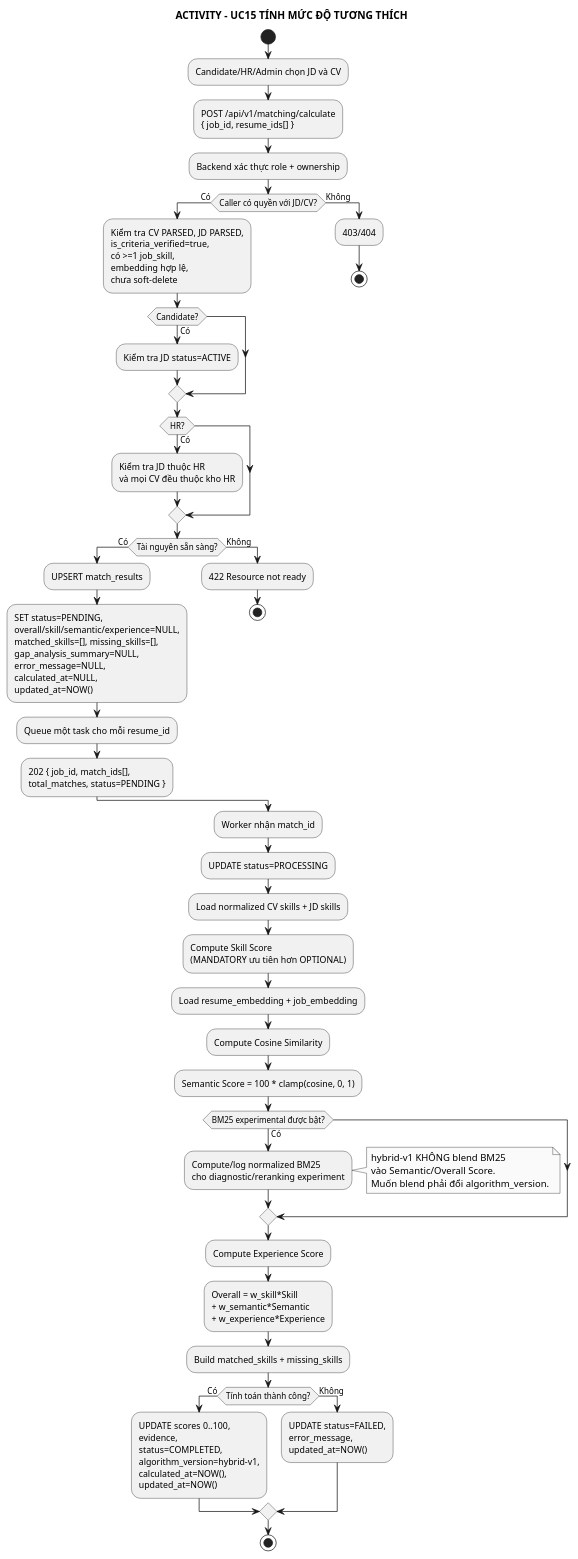
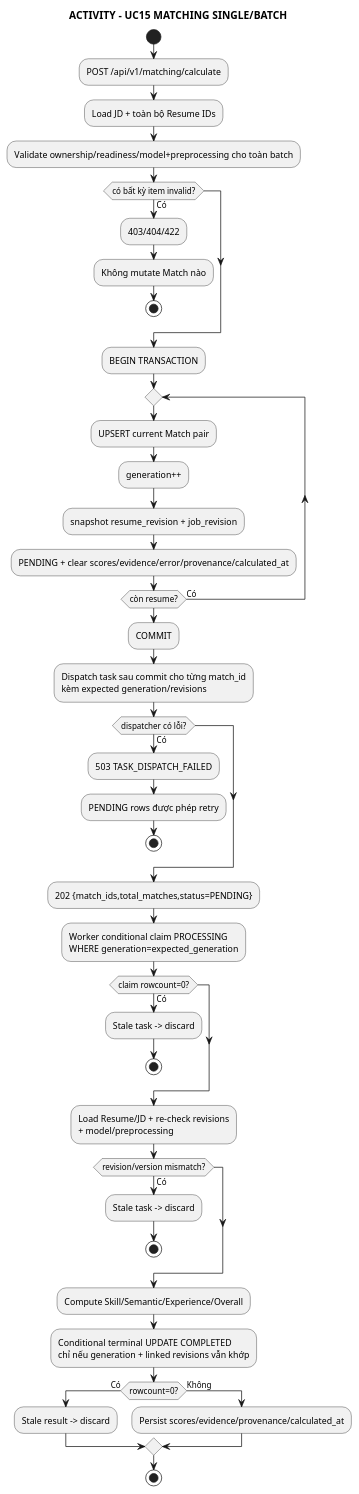
Before and after one commit to anh632k-ui/WebCVUngVienTuyenDung: the diagram in docs/03_activity/act_uc15_matching.puml, drawn with PlantUML.

Commit message:
docs(activity): make batch matching atomic and stale-safe

```diff
--- a/docs/03_activity/act_uc15_matching.puml
+++ b/docs/03_activity/act_uc15_matching.puml
@@ -1,81 +1,53 @@
 @startuml
 skinparam monochrome true
 skinparam shadowing false
-
-title ACTIVITY - UC15 TÍNH MỨC ĐỘ TƯƠNG THÍCH
+title ACTIVITY - UC15 MATCHING SINGLE/BATCH
 
 start
-:Candidate/HR/Admin chọn JD và CV;
-:POST /api/v1/matching/calculate
-{ job_id, resume_ids[] };
-:Backend xác thực role + ownership;
-if (Caller có quyền với JD/CV?) then (Có)
-  :Kiểm tra CV PARSED, JD PARSED,
-  is_criteria_verified=true,
-  có >=1 job_skill,
-  embedding hợp lệ,
-  chưa soft-delete;
-  if (Candidate?) then (Có)
-    :Kiểm tra JD status=ACTIVE;
-  endif
-  if (HR?) then (Có)
-    :Kiểm tra JD thuộc HR
-    và mọi CV đều thuộc kho HR;
-  endif
-  if (Tài nguyên sẵn sàng?) then (Có)
-    :UPSERT match_results;
-    :SET status=PENDING,
-    overall/skill/semantic/experience=NULL,
-    matched_skills=[], missing_skills=[],
-    gap_analysis_summary=NULL,
-    error_message=NULL,
-    calculated_at=NULL,
-    updated_at=NOW();
-    :Queue một task cho mỗi resume_id;
-    :202 { job_id, match_ids[],
-    total_matches, status=PENDING };
-  else (Không)
-    :422 Resource not ready;
-    stop
-  endif
-else (Không)
-  :403/404;
+:POST /api/v1/matching/calculate;
+:Load JD + toàn bộ Resume IDs;
+:Validate ownership/readiness/model+preprocessing cho toàn batch;
+if (có bất kỳ item invalid?) then (Có)
+  :403/404/422;
+  :Không mutate Match nào;
   stop
 endif
+:BEGIN TRANSACTION;
+repeat
+  :UPSERT current Match pair;
+  :generation++;
+  :snapshot resume_revision + job_revision;
+  :PENDING + clear scores/evidence/error/provenance/calculated_at;
+repeat while (còn resume?) is (Có)
+:COMMIT;
+:Dispatch task sau commit cho từng match_id
+kèm expected generation/revisions;
+if (dispatcher có lỗi?) then (Có)
+  :503 TASK_DISPATCH_FAILED;
+  :PENDING rows được phép retry;
+  stop
+endif
+:202 {match_ids,total_matches,status=PENDING};
 
-:Worker nhận match_id;
-:UPDATE status=PROCESSING;
-:Load normalized CV skills + JD skills;
-:Compute Skill Score
-(MANDATORY ưu tiên hơn OPTIONAL);
-:Load resume_embedding + job_embedding;
-:Compute Cosine Similarity;
-:Semantic Score = 100 * clamp(cosine, 0, 1);
-if (BM25 experimental được bật?) then (Có)
-  :Compute/log normalized BM25
-cho diagnostic/reranking experiment;
-  note right
-    hybrid-v1 KHÔNG blend BM25
-    vào Semantic/Overall Score.
-    Muốn blend phải đổi algorithm_version.
-  end note
+:Worker conditional claim PROCESSING
+WHERE generation=expected_generation;
+if (claim rowcount=0?) then (Có)
+  :Stale task -> discard;
+  stop
 endif
-:Compute Experience Score;
-:Overall = w_skill*Skill
-+ w_semantic*Semantic
-+ w_experience*Experience;
-:Build matched_skills + missing_skills;
-if (Tính toán thành công?) then (Có)
-  :UPDATE scores 0..100,
-  evidence,
-  status=COMPLETED,
-  algorithm_version=hybrid-v1,
-  calculated_at=NOW(),
-  updated_at=NOW();
+:Load Resume/JD + re-check revisions
++ model/preprocessing;
+if (revision/version mismatch?) then (Có)
+  :Stale task -> discard;
+  stop
+endif
+:Compute Skill/Semantic/Experience/Overall;
+:Conditional terminal UPDATE COMPLETED
+chỉ nếu generation + linked revisions vẫn khớp;
+if (rowcount=0?) then (Có)
+  :Stale result -> discard;
 else (Không)
-  :UPDATE status=FAILED,
-  error_message,
-  updated_at=NOW();
+  :Persist scores/evidence/provenance/calculated_at;
 endif
 stop
 @enduml
```
